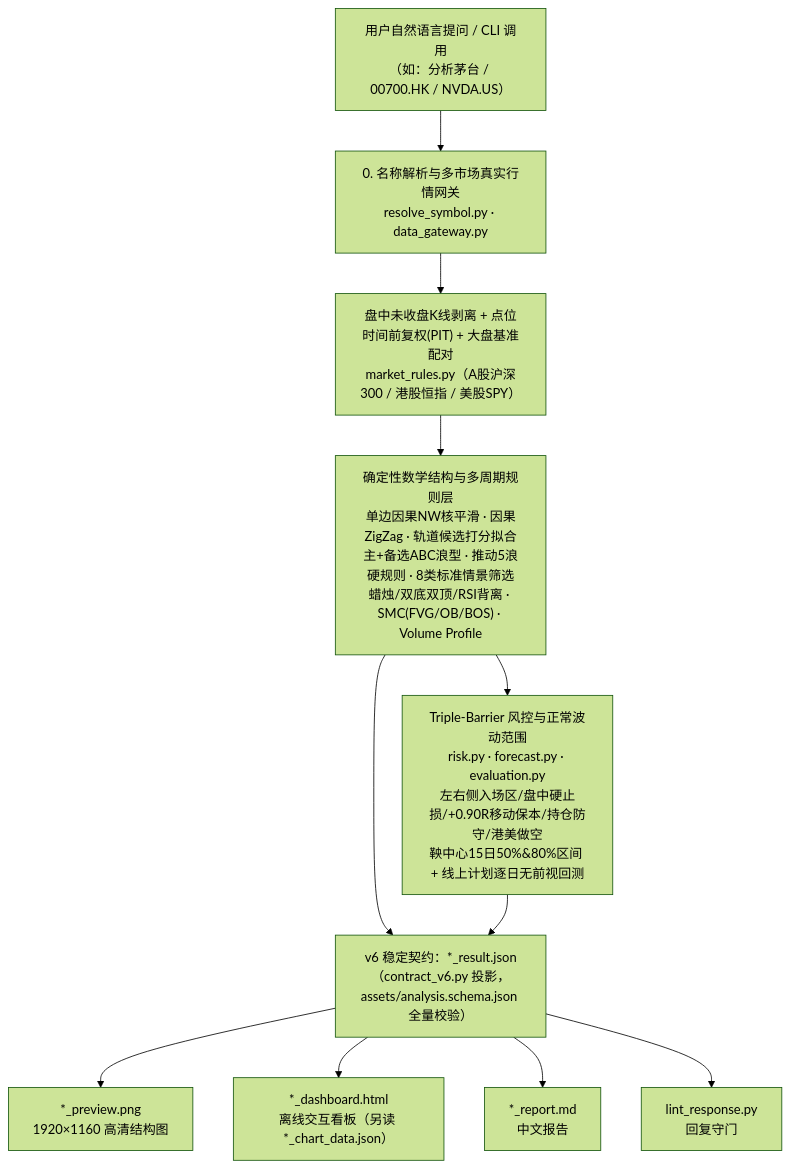
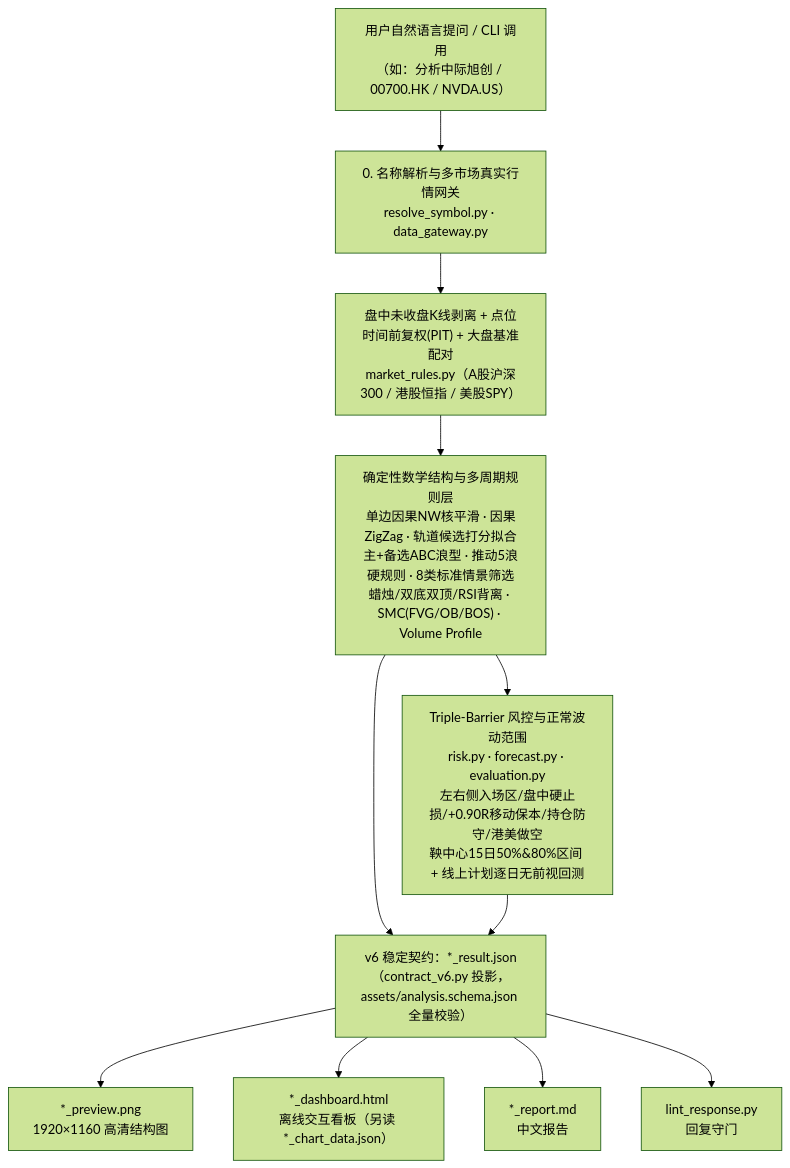
One commit to xiongcp/stock-skill changed the diagram in README.md. Above: the diagram before and after it, drawn with Mermaid (forest theme). The commit also changed other lines of this file and 14 other files, not shown here.

````diff
--- a/README.md
+++ b/README.md
@@ -62,13 +62,13 @@
 ```mermaid
 flowchart TD
-    A["用户自然语言提问 / CLI 调用<br/>（如：分析茅台 / 00700.HK / NVDA.US）"] --> B["0. 名称解析与多市场真实行情网关<br/>resolve_symbol.py · data_gateway.py"]
+    A["用户自然语言提问 / CLI 调用<br/>（如：分析中际旭创 / 00700.HK / NVDA.US）"] --> B["0. 名称解析与多市场真实行情网关<br/>resolve_symbol.py · data_gateway.py"]
     B --> C["盘中未收盘K线剥离 + 点位时间前复权(PIT) + 大盘基准配对<br/>market_rules.py（A股沪深300 / 港股恒指 / 美股SPY）"]
     C --> D["确定性数学结构与多周期规则层<br/>单边因果NW核平滑 · 因果ZigZag · 轨道候选打分拟合<br/>主+备选ABC浪型 · 推动5浪硬规则 · 8类标准情景筛选<br/>蜡烛/双底双顶/RSI背离 · SMC(FVG/OB/BOS) · Volume Profile"]
     D --> F["Triple-Barrier 风控与正常波动范围<br/>risk.py · forecast.py · evaluation.py<br/>左右侧入场区/盘中硬止损/+0.90R移动保本/持仓防守/港美做空<br/>鞅中心15日50%&amp;80%区间 + 线上计划逐日无前视回测"]
     D --> G["v6 稳定契约：*_result.json<br/>（contract_v6.py 投影，assets/analysis.schema.json 全量校验）"]
     F --> G
     G --> H1["*_preview.png<br/>1920×1160 高清结构图"]
     G --> H2["*_dashboard.html<br/>离线交互看板（另读 *_chart_data.json）"]
     G --> H3["*_report.md<br/>中文报告"]
     G --> H4["lint_response.py<br/>回复守门"]
 ```
````
